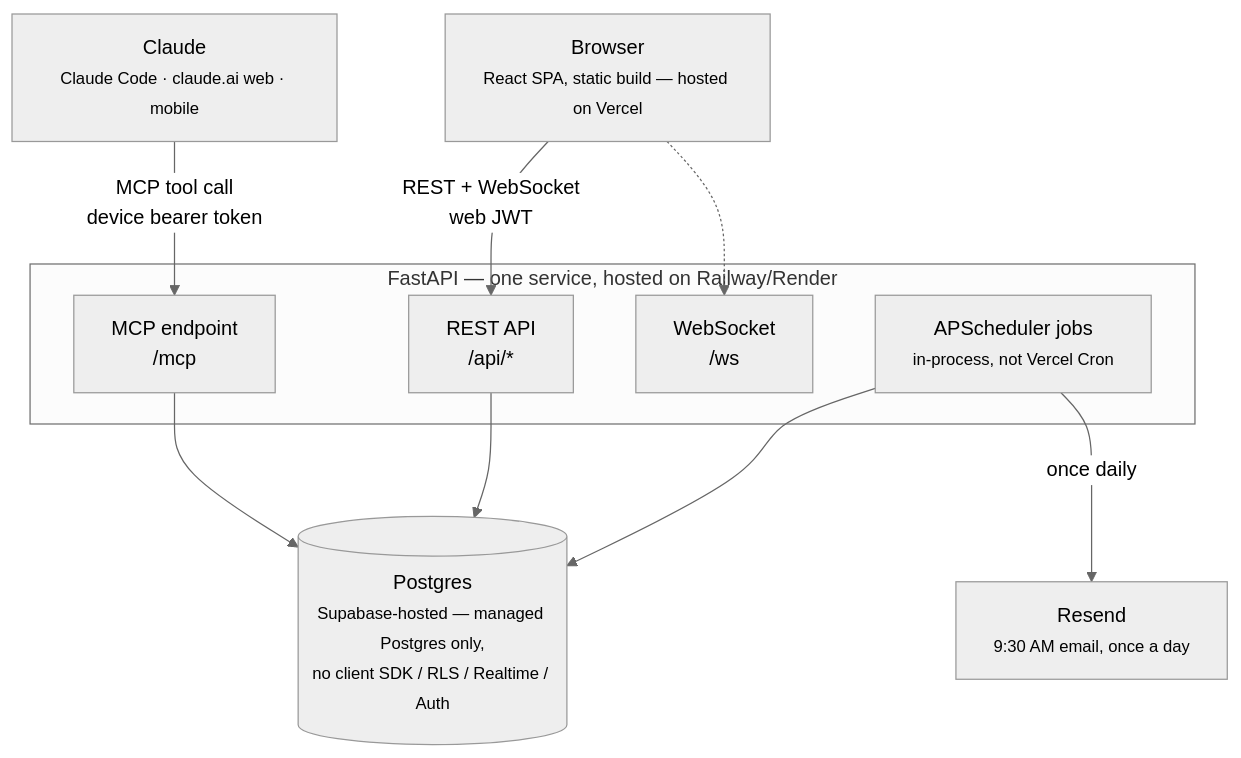
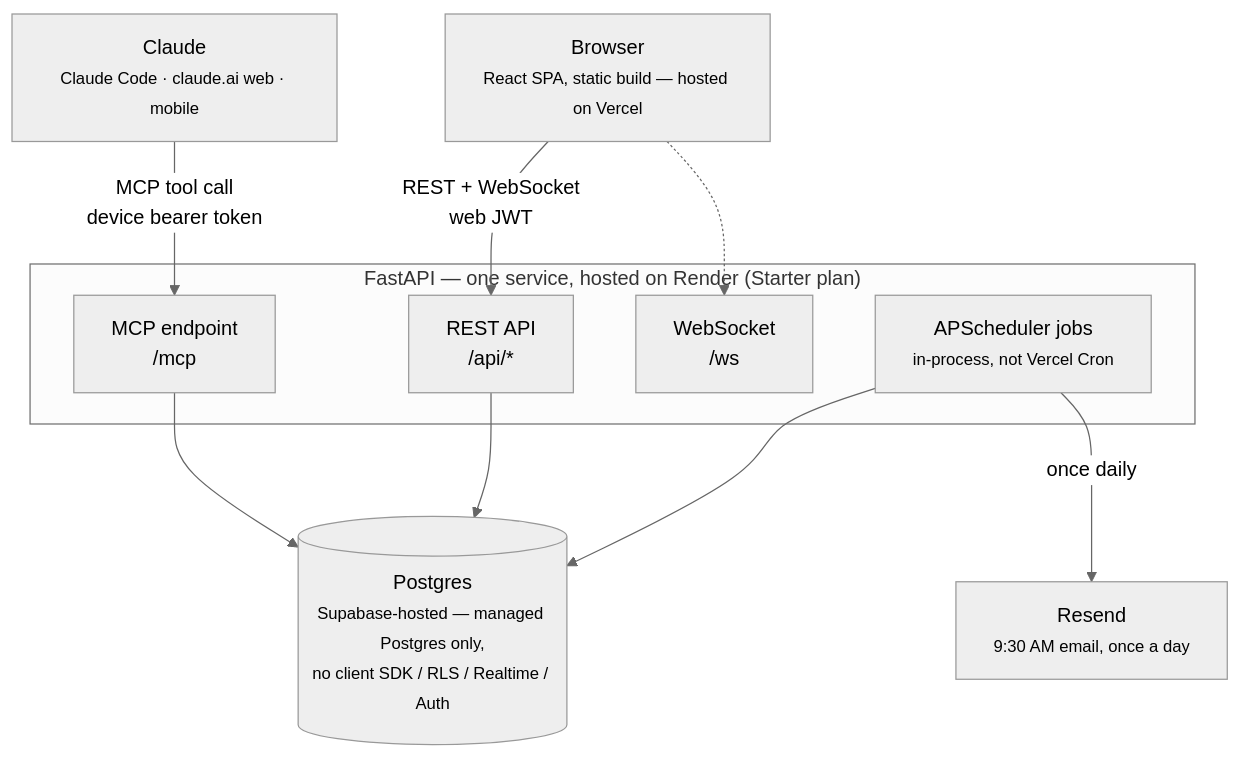
Before and after one commit to Kartikgarg74/task-manager: the first of 5 diagrams in README.md, drawn with Mermaid (neutral theme). The commit also changed other lines of this file and 3 other files, not shown here.

````diff
--- a/README.md
+++ b/README.md
@@ -51,24 +71,24 @@
 ```mermaid
 flowchart TB
     Claude["Claude<br/><small>Claude Code · claude.ai web · mobile</small>"]
     Browser["Browser<br/><small>React SPA, static build — hosted on Vercel</small>"]
 
-    subgraph FastAPI["FastAPI — one service, hosted on Railway/Render"]
+    subgraph FastAPI["FastAPI — one service, hosted on Render (Starter plan)"]
         REST["REST API<br/>/api/*"]
         MCP["MCP endpoint<br/>/mcp"]
         WS["WebSocket<br/>/ws"]
         Jobs["APScheduler jobs<br/><small>in-process, not Vercel Cron</small>"]
     end
 
     PG[("Postgres<br/><small>Supabase-hosted — managed Postgres only,<br/>no client SDK / RLS / Realtime / Auth</small>")]
     Resend["Resend<br/><small>9:30 AM email, once a day</small>"]
 
     Claude -- "MCP tool call<br/>device bearer token" --> MCP
     Browser -- "REST + WebSocket<br/>web JWT" --> REST
     Browser -.-> WS
 
     REST --> PG
     MCP --> PG
     Jobs --> PG
     Jobs -- "once daily" --> Resend
 ```
````
